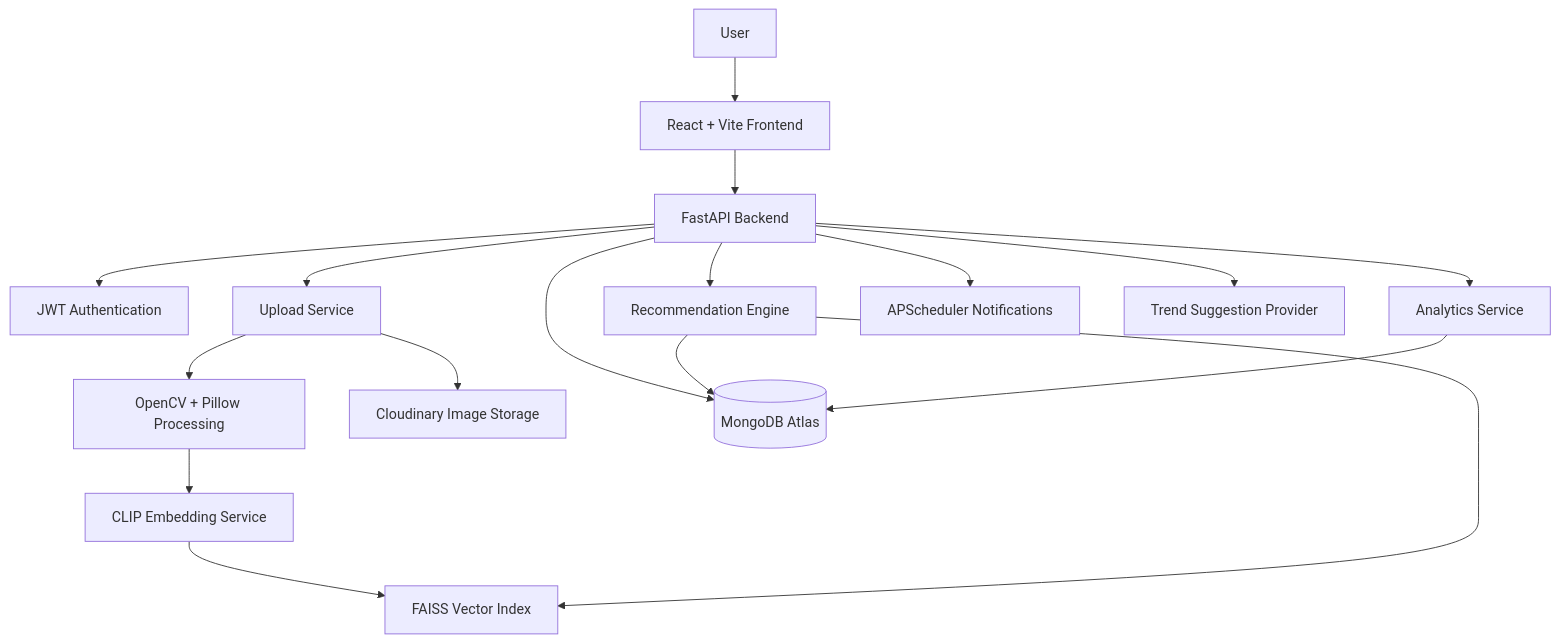
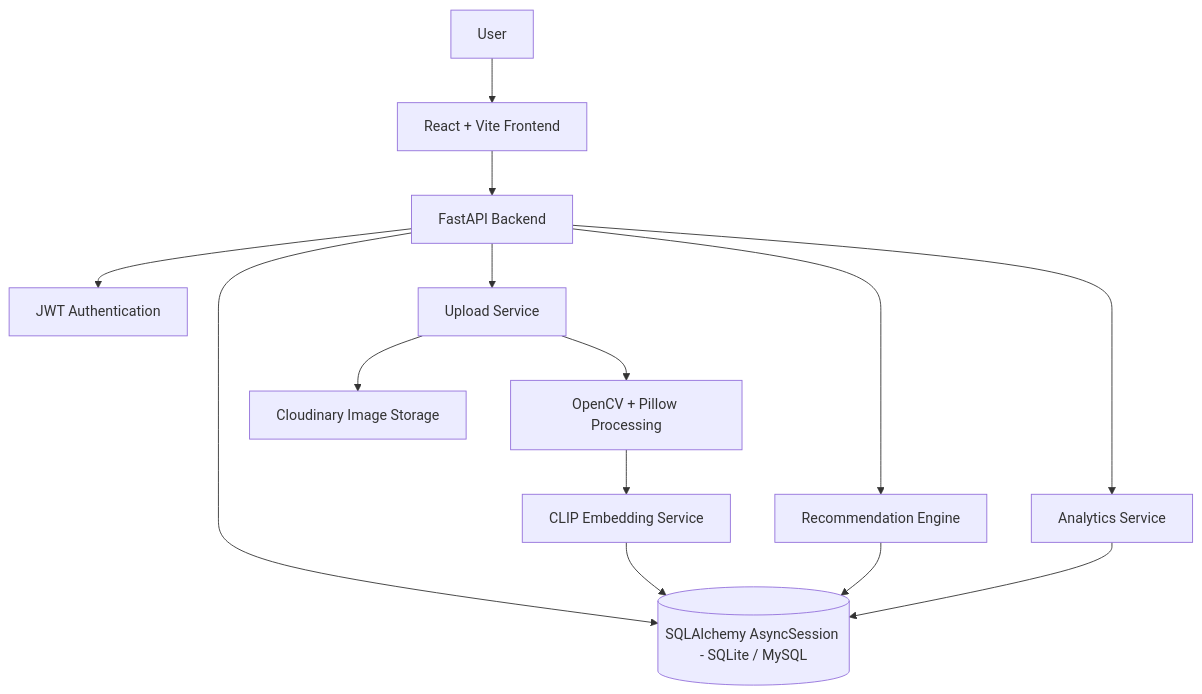
The first of 4 diagrams in StyleSync_Architecture_Document.md (09lakshya/Style-Sync), drawn with Mermaid before and after one commit. The commit also changed other lines of this file and 31 other files, not shown here.

````diff
--- a/StyleSync_Architecture_Document.md
+++ b/StyleSync_Architecture_Document.md
@@ -70,19 +69,16 @@
 ```mermaid
 flowchart TD
     U[User] --> FE[React + Vite Frontend]
     FE --> API[FastAPI Backend]
     API --> AUTH[JWT Authentication]
     API --> UP[Upload Service]
     UP --> IMG[OpenCV + Pillow Processing]
     IMG --> AI[CLIP Embedding Service]
     UP --> CLD[Cloudinary Image Storage]
-    API --> DB[(MongoDB Atlas)]
-    AI --> VEC[FAISS Vector Index]
+    API --> DB[(SQLAlchemy AsyncSession - SQLite / MySQL)]
+    AI --> DB
     API --> REC[Recommendation Engine]
     API --> ANA[Analytics Service]
-    API --> SCH[APScheduler Notifications]
     REC --> DB
-    REC --> VEC
     ANA --> DB
-    API --> TREND[Trend Suggestion Provider]
 ```
````
